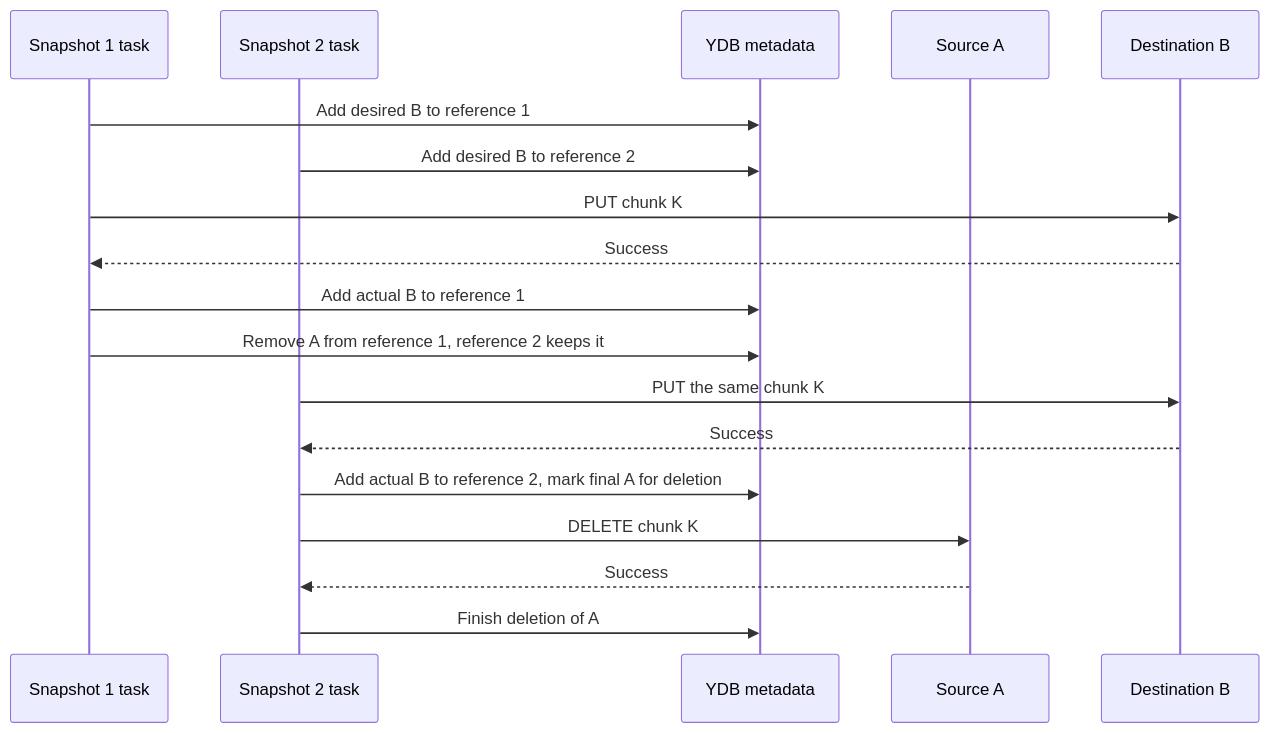
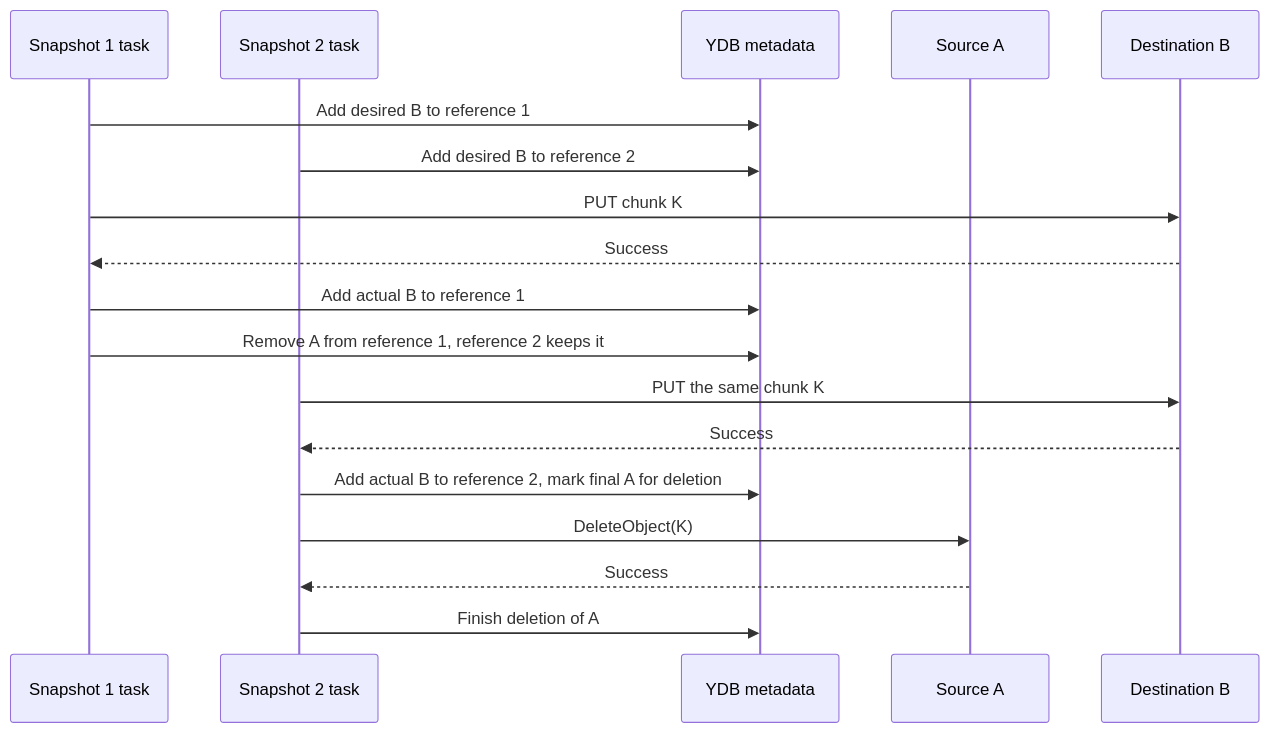
Before and after one commit to ydb-platform/nbs: the fifth of 10 diagrams in doc/disk_manager/chunk_storage/design_doc.md, drawn with Mermaid. The commit also changed other lines of this file, not shown here.

````diff
--- a/doc/disk_manager/chunk_storage/design_doc.md
+++ b/doc/disk_manager/chunk_storage/design_doc.md
@@ -209,20 +213,20 @@
 ```mermaid
 sequenceDiagram
     participant S1 as Snapshot 1 task
     participant S2 as Snapshot 2 task
     participant DB as YDB metadata
     participant A as Source A
     participant B as Destination B
     S1->>DB: Add desired B to reference 1
     S2->>DB: Add desired B to reference 2
     S1->>B: PUT chunk K
     B-->>S1: Success
     S1->>DB: Add actual B to reference 1
     S1->>DB: Remove A from reference 1, reference 2 keeps it
     S2->>B: PUT the same chunk K
     B-->>S2: Success
     S2->>DB: Add actual B to reference 2, mark final A for deletion
-    S2->>A: DELETE chunk K
+    S2->>A: DeleteObject(K)
     A-->>S2: Success
     S2->>DB: Finish deletion of A
 ```
````
